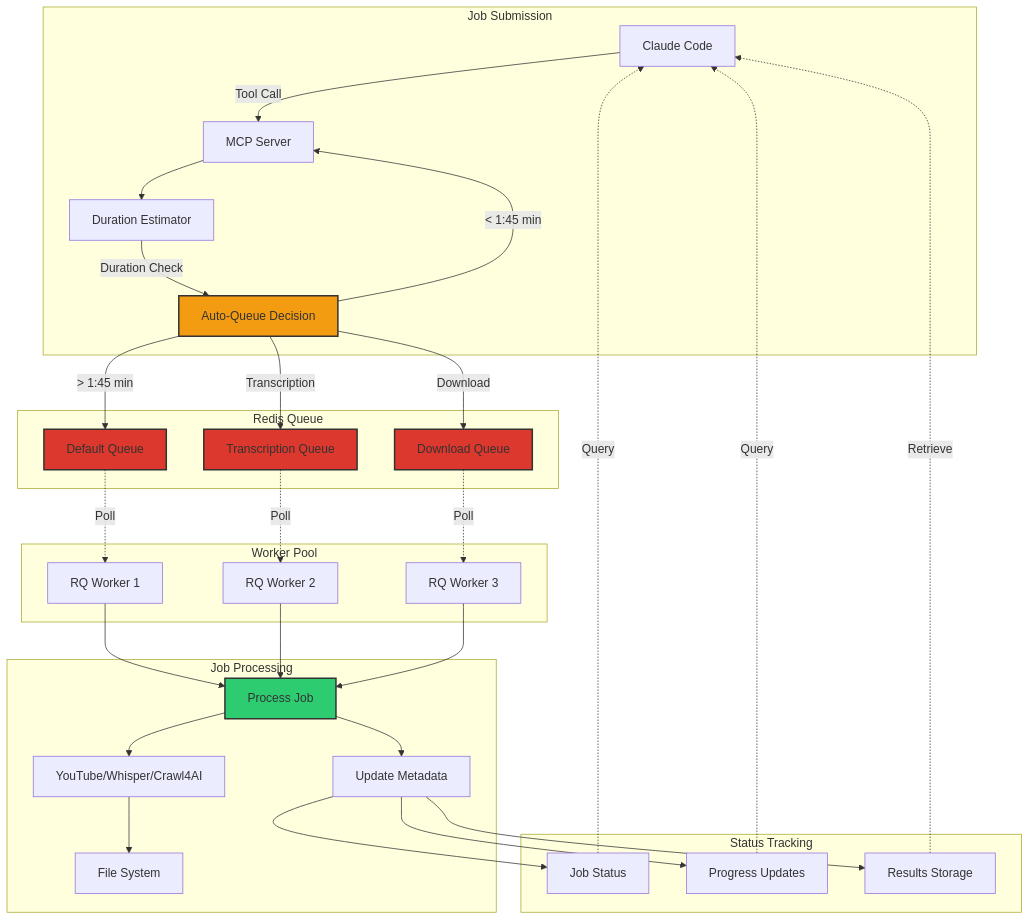
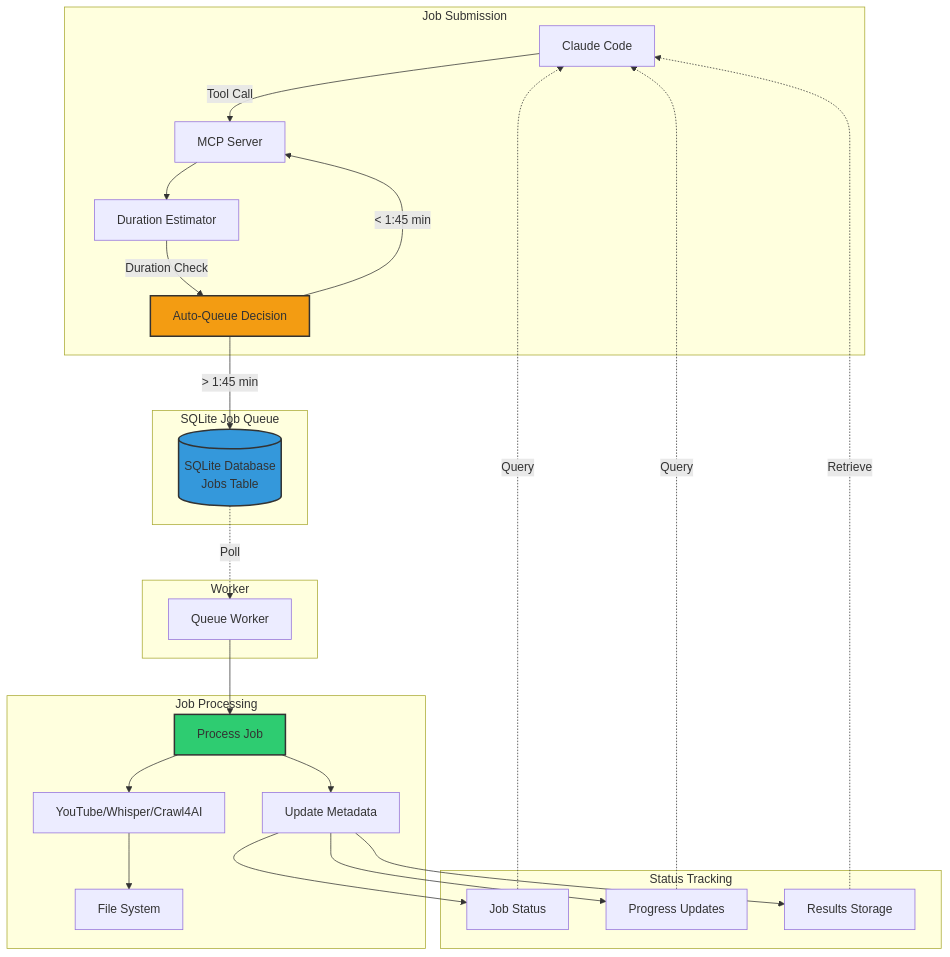
One commit to Enablement-Engineering/gobbler changed the eighth of 9 diagrams in docs/ARCHITECTURE-VISUAL.md. Above: the diagram before and after it, drawn with Mermaid. The commit also changed other lines of this file, not shown here.

First line of the commit message:
docs: fix Architecture Visual Guide - Redis to SQLite

````diff
--- a/docs/ARCHITECTURE-VISUAL.md
+++ b/docs/ARCHITECTURE-VISUAL.md
@@ -361,69 +364,57 @@
 ```mermaid
 graph TB
     subgraph "Job Submission"
         Claude[Claude Code]
         MCP[MCP Server]
         EST[Duration Estimator]
         DEC[Auto-Queue Decision]
     end
 
-    subgraph "Redis Queue"
-        Q1[Default Queue]
-        Q2[Transcription Queue]
-        Q3[Download Queue]
+    subgraph "SQLite Job Queue"
+        DB[(SQLite Database<br/>Jobs Table)]
     end
 
-    subgraph "Worker Pool"
-        W1[RQ Worker 1]
-        W2[RQ Worker 2]
-        W3[RQ Worker 3]
+    subgraph "Worker"
+        WK[Queue Worker]
     end
 
     subgraph "Job Processing"
         PROC[Process Job]
         TOOLS[YouTube/Whisper/Crawl4AI]
         FS[File System]
         META[Update Metadata]
     end
 
     subgraph "Status Tracking"
         STATUS[Job Status]
         PROG[Progress Updates]
         RES[Results Storage]
     end
 
     Claude -->|Tool Call| MCP
     MCP --> EST
     EST -->|Duration Check| DEC
 
     DEC -->|< 1:45 min| MCP
-    DEC -->|> 1:45 min| Q1
-    DEC -->|Transcription| Q2
-    DEC -->|Download| Q3
+    DEC -->|> 1:45 min| DB
 
-    Q1 -.->|Poll| W1
-    Q2 -.->|Poll| W2
-    Q3 -.->|Poll| W3
+    DB -.->|Poll| WK
 
-    W1 --> PROC
-    W2 --> PROC
-    W3 --> PROC
+    WK --> PROC
 
     PROC --> TOOLS
     TOOLS --> FS
     PROC --> META
 
     META --> STATUS
     META --> PROG
     META --> RES
 
     STATUS -.->|Query| Claude
     PROG -.->|Query| Claude
     RES -.->|Retrieve| Claude
 
     style DEC fill:#f39c12,stroke:#333,stroke-width:2px
-    style Q1 fill:#dc382d,stroke:#333,stroke-width:2px
-    style Q2 fill:#dc382d,stroke:#333,stroke-width:2px
-    style Q3 fill:#dc382d,stroke:#333,stroke-width:2px
+    style DB fill:#3498db,stroke:#333,stroke-width:2px
     style PROC fill:#2ecc71,stroke:#333,stroke-width:2px
 ```
````
